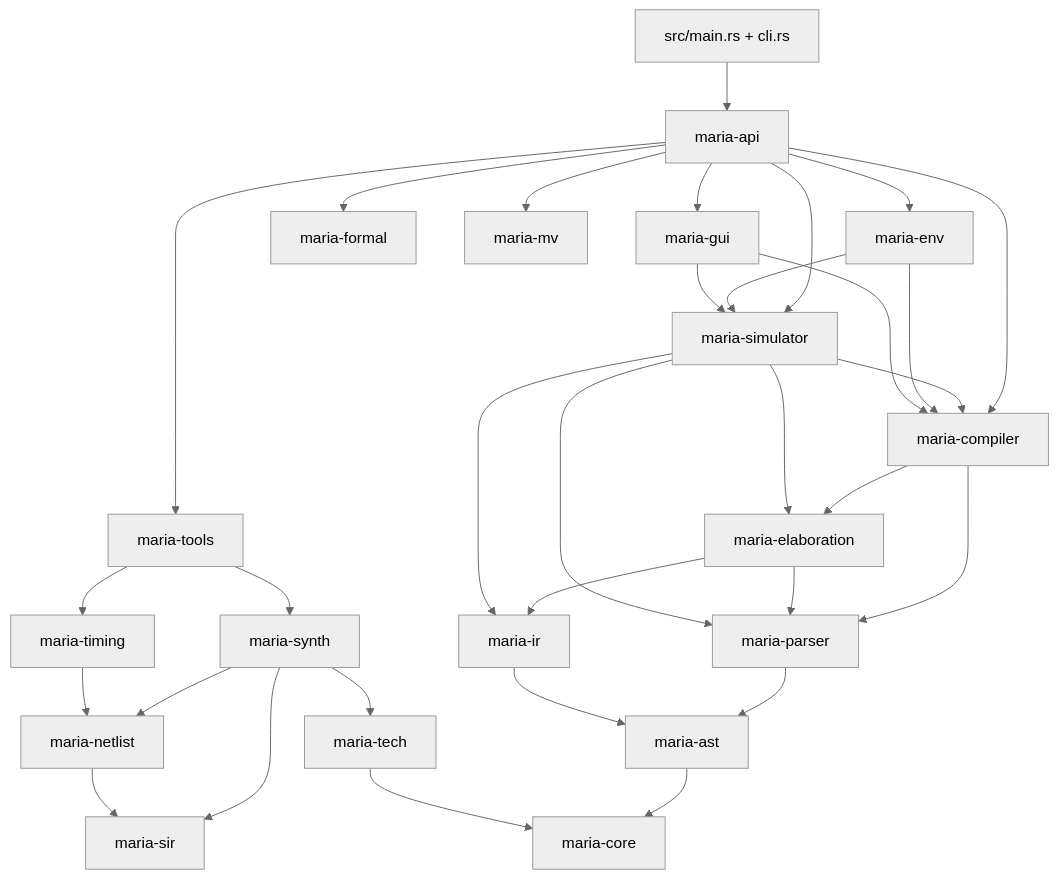
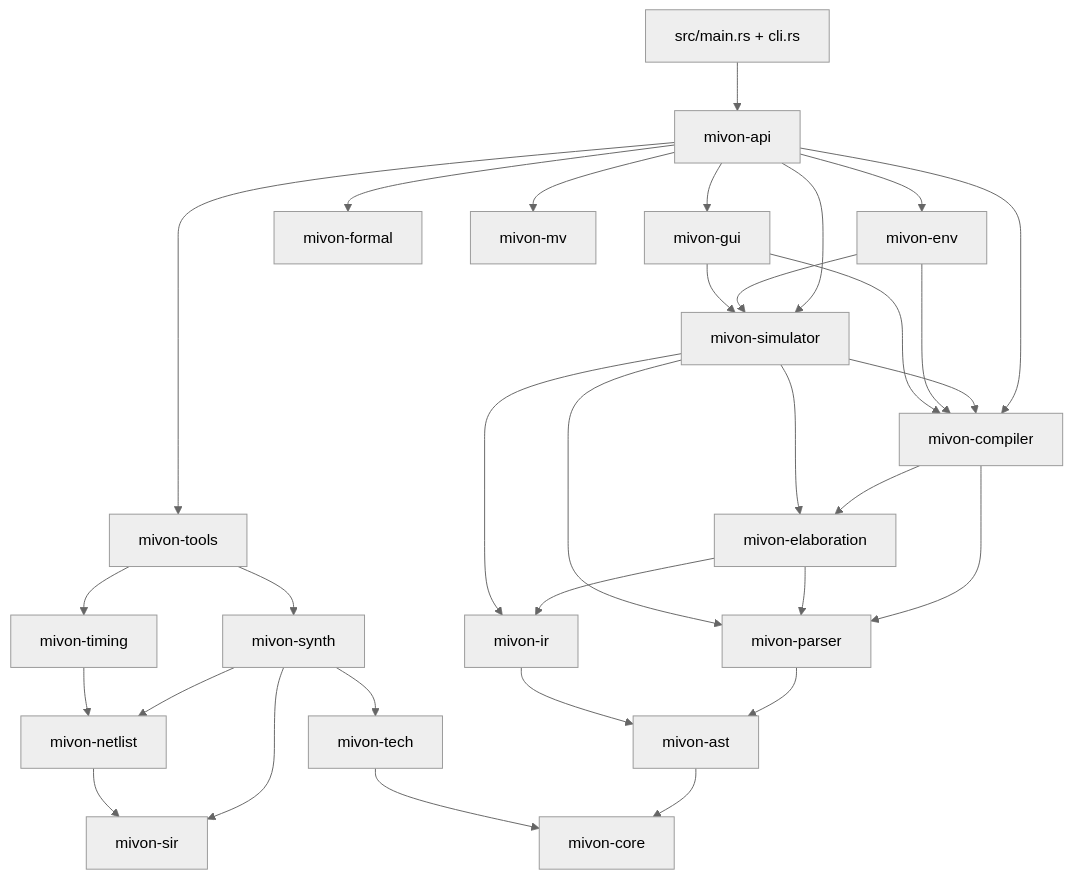
Diagram 26 of 27 in ERD.md (Yoriyoi-drop/maria), drawn with Mermaid (neutral theme) before and after one commit. The commit also changed other lines of this file and 16 other files, not shown here.

Commit message:
rebrand fase 3: docs/branding maria -> mivon (README, AGENTS, design/erd/emu docs, doc/, MIVON-HDL.md)

````diff
--- a/ERD.md
+++ b/ERD.md
@@ -1075,34 +1075,34 @@
 ```mermaid
 graph TD
-    CLI[src/main.rs + cli.rs] --> API[maria-api]
-    API --> TOOLS[maria-tools]
-    API --> ENV[maria-env]
-    API --> SIM[maria-simulator]
-    API --> FORMAL[maria-formal]
-    API --> COMPILER[maria-compiler]
-    COMPILER --> ELAB[maria-elaboration]
-    COMPILER --> PARSER[maria-parser]
+    CLI[src/main.rs + cli.rs] --> API[mivon-api]
+    API --> TOOLS[mivon-tools]
+    API --> ENV[mivon-env]
+    API --> SIM[mivon-simulator]
+    API --> FORMAL[mivon-formal]
+    API --> COMPILER[mivon-compiler]
+    COMPILER --> ELAB[mivon-elaboration]
+    COMPILER --> PARSER[mivon-parser]
     ELAB --> PARSER
-    ELAB --> IR[maria-ir]
-    PARSER --> AST[maria-ast]
+    ELAB --> IR[mivon-ir]
+    PARSER --> AST[mivon-ast]
     IR --> AST
-    AST --> CORE[maria-core]
+    AST --> CORE[mivon-core]
     SIM --> COMPILER
     SIM --> ELAB
     SIM --> PARSER
     SIM --> IR
     ENV --> COMPILER
     ENV --> SIM
-    TOOLS --> SYNTH[maria-synth]
-    SYNTH --> SIR[maria-sir]
-    SYNTH --> NET[maria-netlist]
-    SYNTH --> TECH[maria-tech]
-    TOOLS --> TIMING[maria-timing]
+    TOOLS --> SYNTH[mivon-synth]
+    SYNTH --> SIR[mivon-sir]
+    SYNTH --> NET[mivon-netlist]
+    SYNTH --> TECH[mivon-tech]
+    TOOLS --> TIMING[mivon-timing]
     TIMING --> NET
     NET --> SIR
     TECH --> CORE
-    API --> MV[maria-mv]
-    API --> GUI[maria-gui]
+    API --> MV[mivon-mv]
+    API --> GUI[mivon-gui]
     GUI --> SIM
     GUI --> COMPILER
 ```
````
